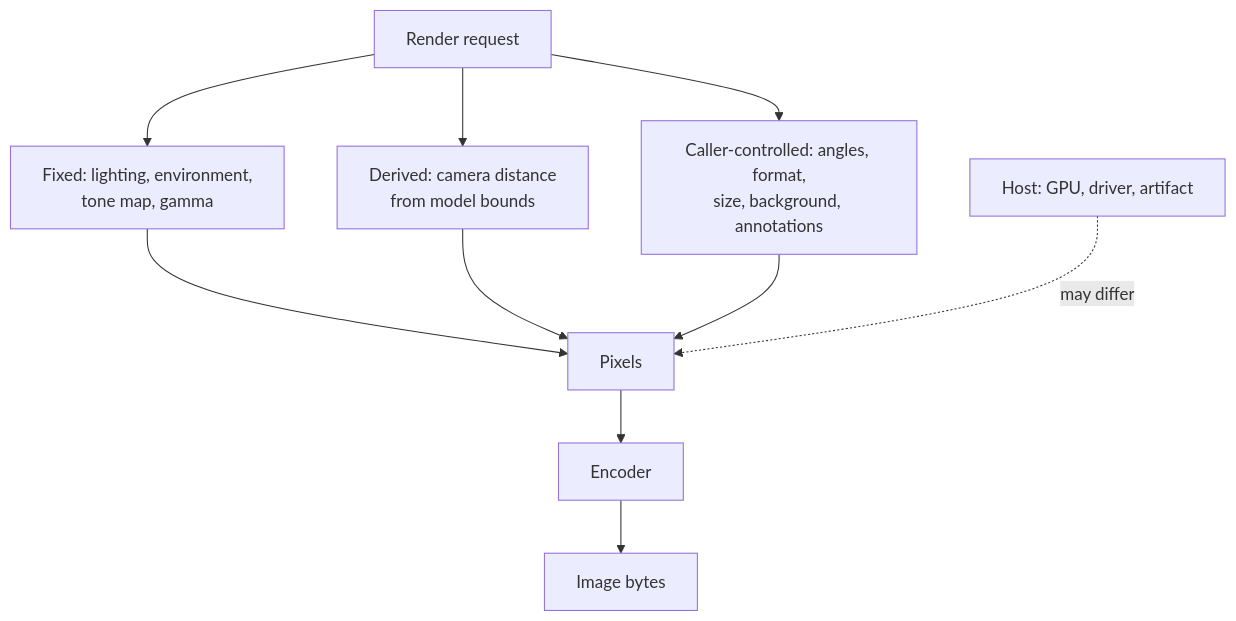
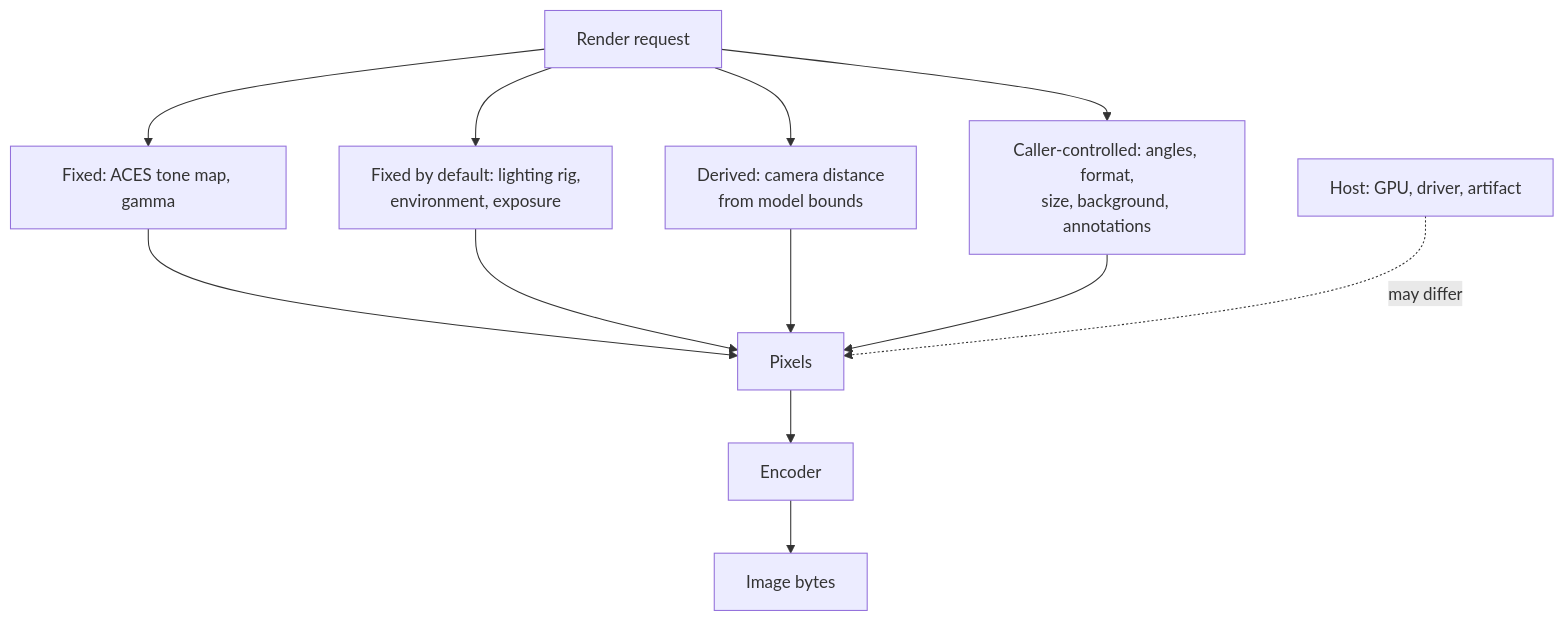
One commit to taucad/nanoraster changed the diagram in docs-site/content/docs/concepts/determinism.mdx. Above: the diagram before and after it, drawn with Mermaid. The commit also changed other lines of this file and 36 other files, not shown here.

````diff
--- a/docs-site/content/docs/concepts/determinism.mdx
+++ b/docs-site/content/docs/concepts/determinism.mdx
@@ -21,12 +22,14 @@
 ```mermaid
 flowchart TD
-  R[Render request] --> F[Fixed: lighting, environment,<br/>tone map, gamma]
+  R[Render request] --> F[Fixed: ACES tone map, gamma]
+  R --> S["Fixed by default: lighting rig,<br/>environment, exposure"]
   R --> D[Derived: camera distance<br/>from model bounds]
   R --> C["Caller-controlled: angles, format,<br/>size, background, annotations"]
   F --> P[Pixels]
+  S --> P
   D --> P
   C --> P
   P --> E[Encoder]
   E --> B[Image bytes]
   H[Host: GPU, driver, artifact] -.->|may differ| P
 ```
````
